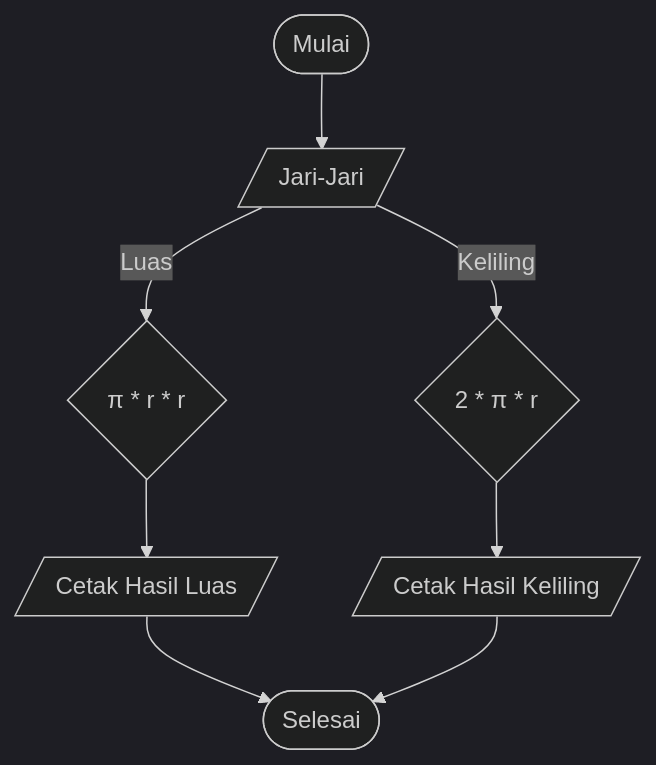
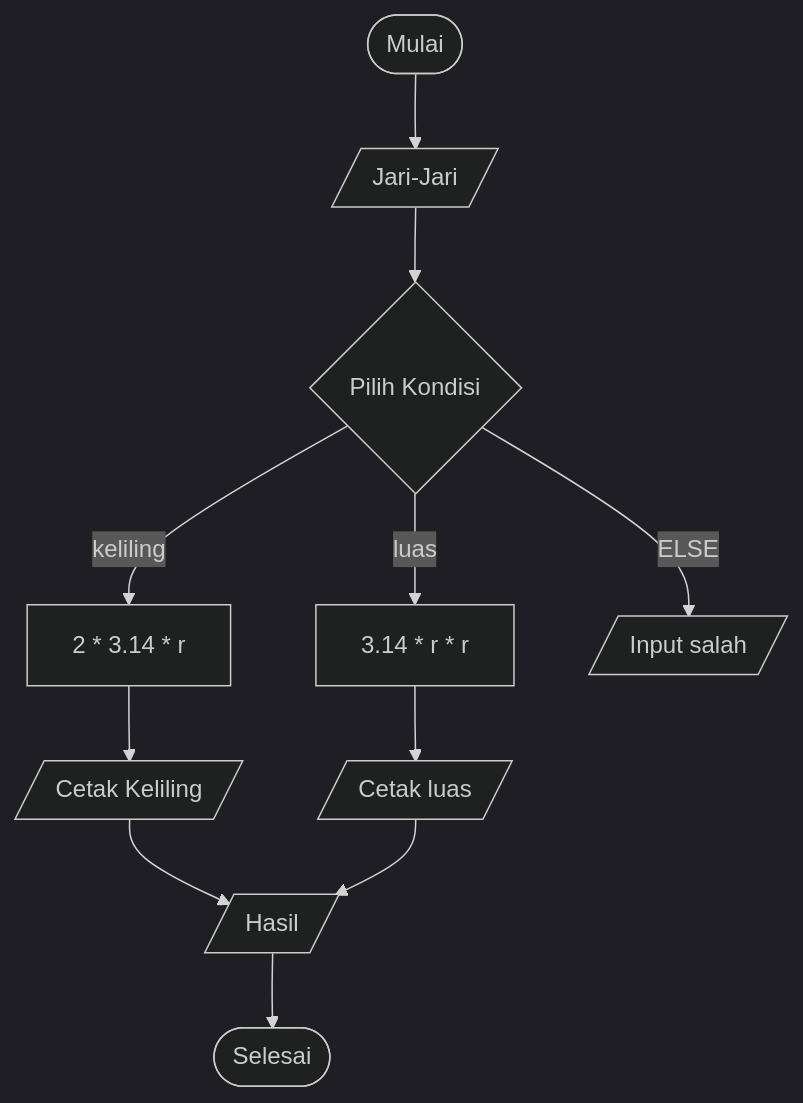
Before and after one commit to whyu07/koda-b10-javascript: the diagram in README.md, drawn with Mermaid (dark theme).

````diff
--- a/README.md
+++ b/README.md
@@ -1,12 +1,14 @@
 ```mermaid
-flowchart TD 
+flowchart TD
     A([Mulai]) --> B[/Jari-Jari/]
-    B --> |Luas| Luas{"π * r * r"}
+    B --> C{Pilih Kondisi}
+    C --> |luas| D[3.14 * r * r]
+    C --> |keliling| E[2 * 3.14 * r]
+    C --> |ELSE| F[/Input salah/]
+    D --> G[/Cetak luas/]
+    E --> H[/Cetak Keliling/]
+    H --> X[/Hasil/]
+    G --> X
+    X --> Z([Selesai])
 
-    B --> |Keliling| Keliling{"2 * π * r"}
-
-    Luas --> D[/Cetak Hasil Luas/] --> Z
-    Keliling --> E[/Cetak Hasil Keliling/] --> Z
-    
-    Z([Selesai])
 ```
````
